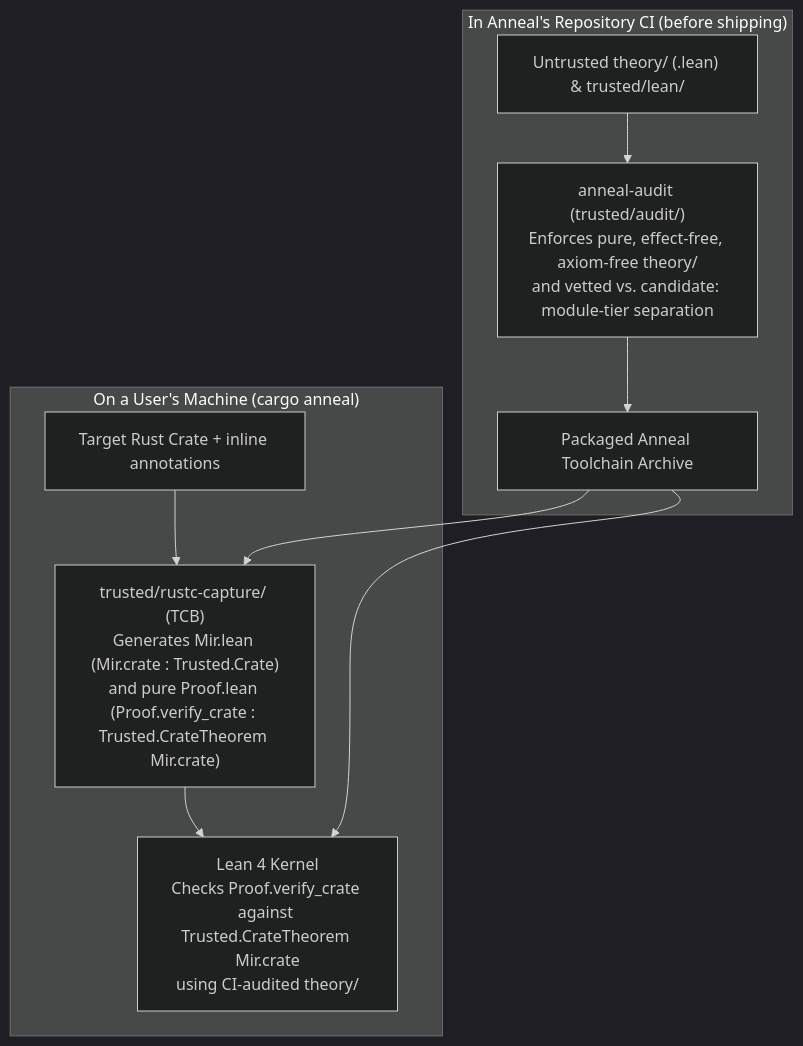
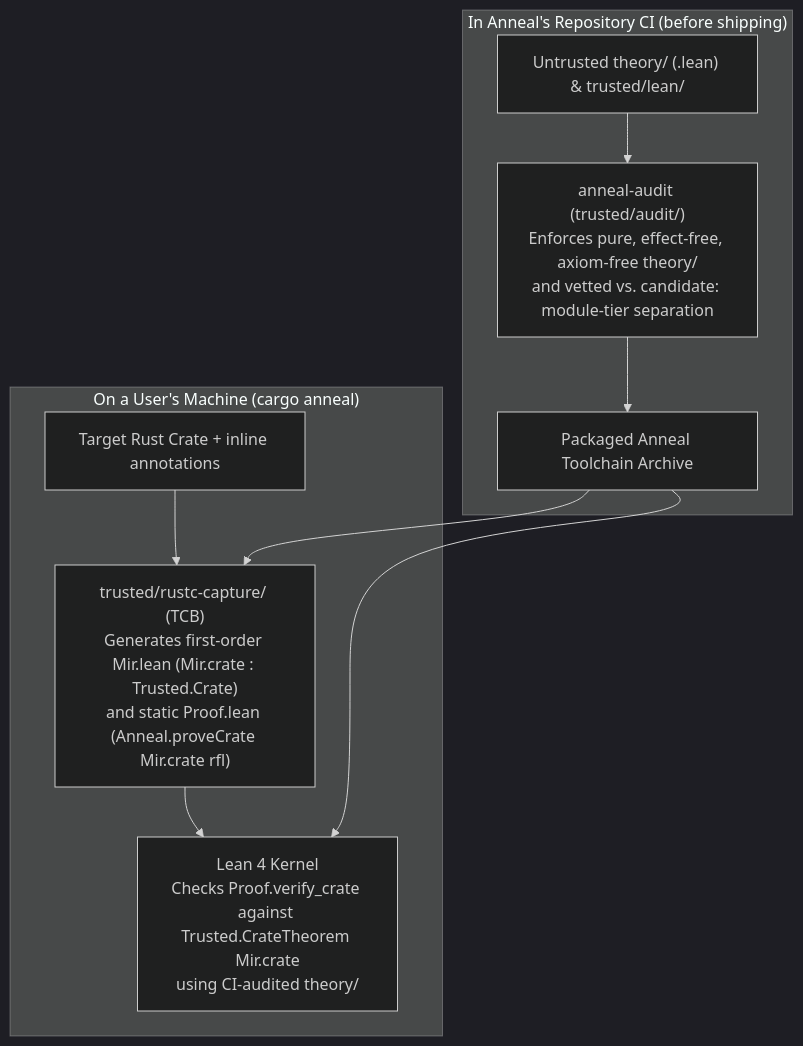
One commit to joshlf/anneal changed the diagram in docs/trust-model.md. Above: the diagram before and after it, drawn with Mermaid (dark theme). The commit also changed other lines of this file and 2 other files, not shown here.

First line of the commit message:
[docs] Update three-stage MIR pipeline design

````diff
--- a/docs/trust-model.md
+++ b/docs/trust-model.md
@@ -57,13 +57,13 @@
 ```mermaid
 flowchart TD
     subgraph RepoCI ["In Anneal's Repository CI (before shipping)"]
         THEORY["Untrusted theory/ (.lean) & trusted/lean/"] --> AUDIT["anneal-audit (trusted/audit/)\nEnforces pure, effect-free, axiom-free theory/\nand vetted vs. candidate:<feature> module-tier separation"]
         AUDIT --> ARCHIVE["Packaged Anneal Toolchain Archive"]
     end
 
     subgraph UserMachine ["On a User's Machine (cargo anneal)"]
-        CRATE["Target Rust Crate + inline annotations"] --> CAPTURE["trusted/rustc-capture/ (TCB)\nGenerates Mir.lean (Mir.crate : Trusted.Crate)\nand pure Proof.lean (Proof.verify_crate : Trusted.CrateTheorem Mir.crate)"]
+        CRATE["Target Rust Crate + inline annotations"] --> CAPTURE["trusted/rustc-capture/ (TCB)\nGenerates first-order Mir.lean (Mir.crate : Trusted.Crate)\nand static Proof.lean (Anneal.proveCrate Mir.crate rfl)"]
         CAPTURE --> KERNEL["Lean 4 Kernel\nChecks Proof.verify_crate against Trusted.CrateTheorem Mir.crate\nusing CI-audited theory/"]
         ARCHIVE --> CAPTURE & KERNEL
     end
 ```
````
